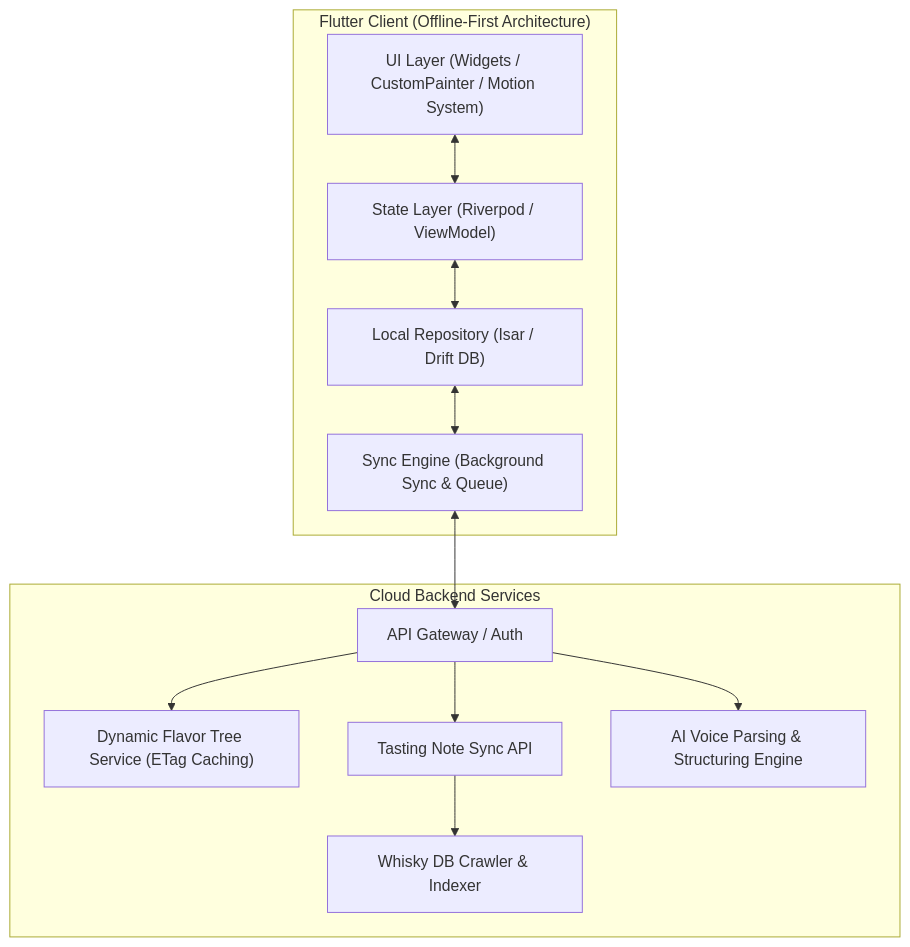
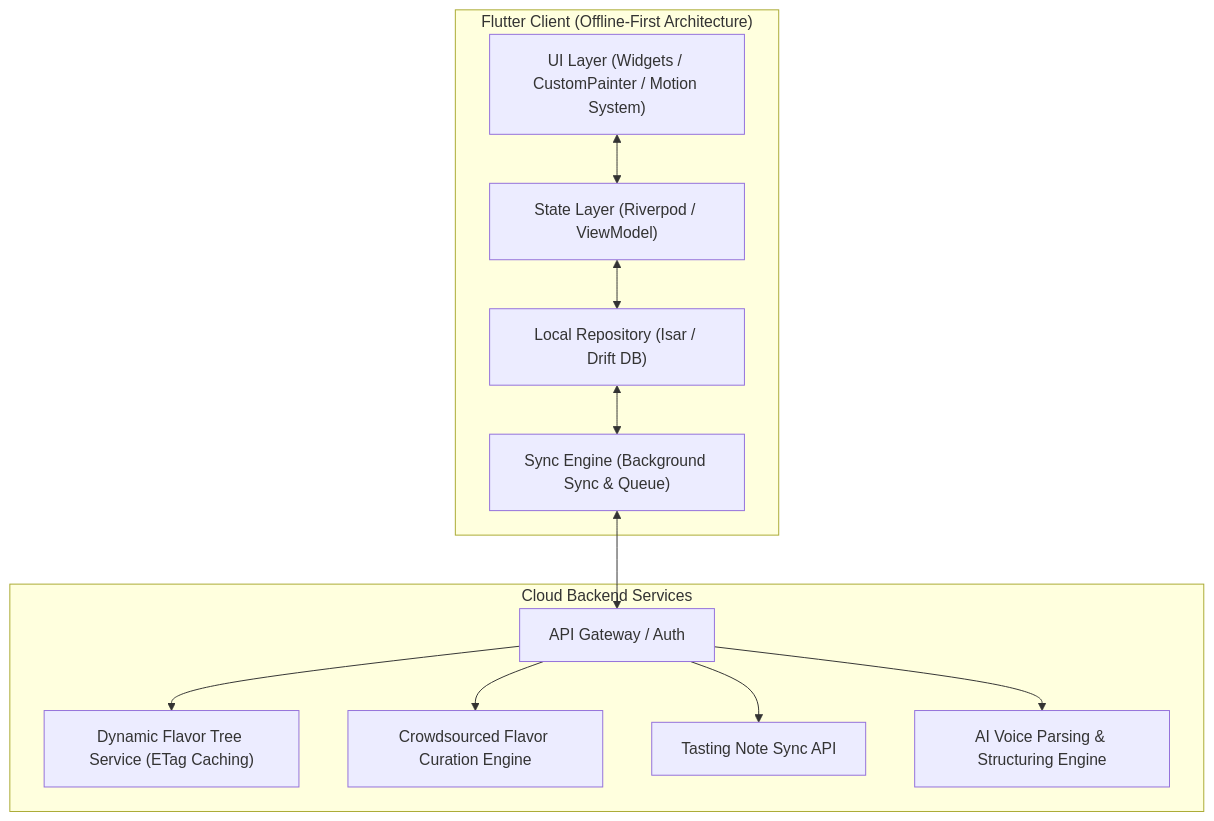
Before and after one commit to chanhooop/FlavorWheel: the third of 4 diagrams in README.md, drawn with Mermaid. The commit also changed other lines of this file and 1 other file, not shown here.

````diff
--- a/README.md
+++ b/README.md
@@ -152,27 +123,27 @@
 ```mermaid
 graph TB
     subgraph Client ["Flutter Client (Offline-First Architecture)"]
         UI["UI Layer (Widgets / CustomPainter / Motion System)"]
         State["State Layer (Riverpod / ViewModel)"]
         SyncEngine["Sync Engine (Background Sync & Queue)"]
         LocalRepository["Local Repository (Isar / Drift DB)"]
 
         UI <--> State
         State <--> LocalRepository
         LocalRepository <--> SyncEngine
     end
 
     subgraph RemoteBackend ["Cloud Backend Services"]
         Gateway["API Gateway / Auth"]
         TreeService["Dynamic Flavor Tree Service (ETag Caching)"]
+        CurationService["Crowdsourced Flavor Curation Engine"]
         NoteService["Tasting Note Sync API"]
         LLMWorker["AI Voice Parsing & Structuring Engine"]
-        CrawlerEngine["Whisky DB Crawler & Indexer"]
     end
 
     SyncEngine <--> Gateway
     Gateway --> TreeService
+    Gateway --> CurationService
     Gateway --> NoteService
     Gateway --> LLMWorker
-    NoteService --> CrawlerEngine
 ```
````
